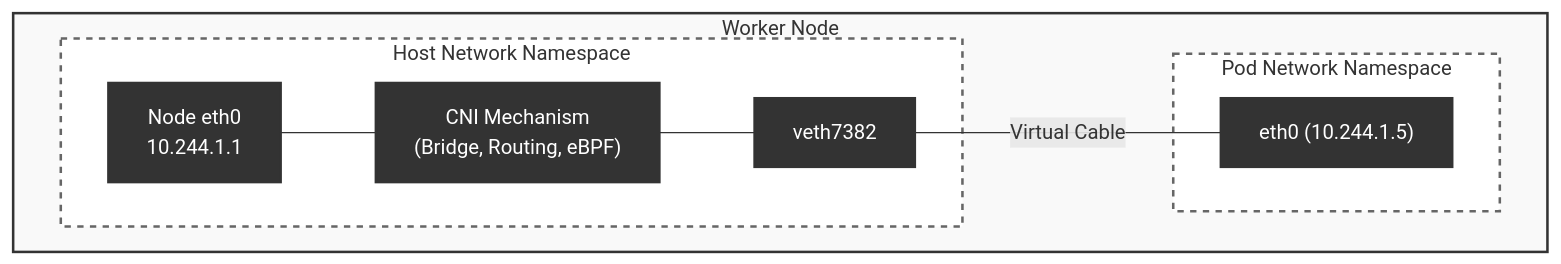
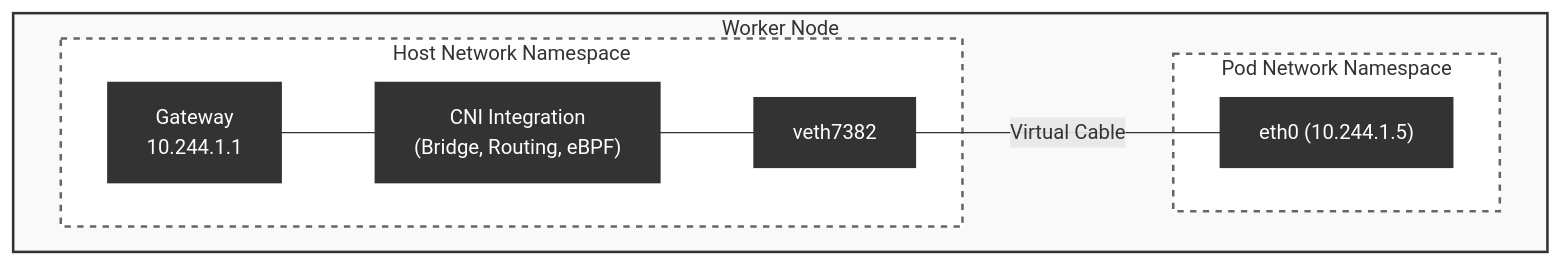
One commit to SRodi/srodi.github.io changed the fourth of 13 diagrams in _posts/2025-09-07-kubernetes-networking-series-part-2.md. Above: the diagram before and after it, drawn with Mermaid. The commit also changed other lines of this file and 1 other file, not shown here.

````diff
--- a/_posts/2025-09-07-kubernetes-networking-series-part-2.md
+++ b/_posts/2025-09-07-kubernetes-networking-series-part-2.md
@@ -142,27 +144,27 @@
 ```mermaid
 graph TB
     subgraph Node ["Worker Node"]
         
         subgraph HostNS ["Host Network Namespace"]
-            NodeEth["Node eth0<br>10.244.1.1"]
-            CNI_Mechanism["CNI Mechanism<br>(Bridge, Routing, eBPF)"]
+            NodeEth["Gateway<br>10.244.1.1"]
+            CNI_Mechanism["CNI Integration<br>(Bridge, Routing, eBPF)"]
             Veth_Host["veth7382"]
         end
 
         subgraph PodNS ["Pod Network Namespace"]
             Eth0_Pod["eth0 (10.244.1.5)"]
         end
 
         %% Wiring
         NodeEth --- CNI_Mechanism
         CNI_Mechanism --- Veth_Host
         Veth_Host -- "Virtual Cable" --- Eth0_Pod
     end
 
     style Node fill:#f9f9f9,stroke:#333,stroke-width:2px,color:#333
     style HostNS fill:#fff,stroke:#666,stroke-width:2px,color:#333,stroke-dasharray: 5 5
     style PodNS fill:#fff,stroke:#666,stroke-width:2px,color:#333,stroke-dasharray: 5 5
 
     classDef component fill:#333,stroke:#333,stroke-width:2px,color:#fff
     class NodeEth,CNI_Mechanism,Veth_Host,Eth0_Pod component
 ```
````
